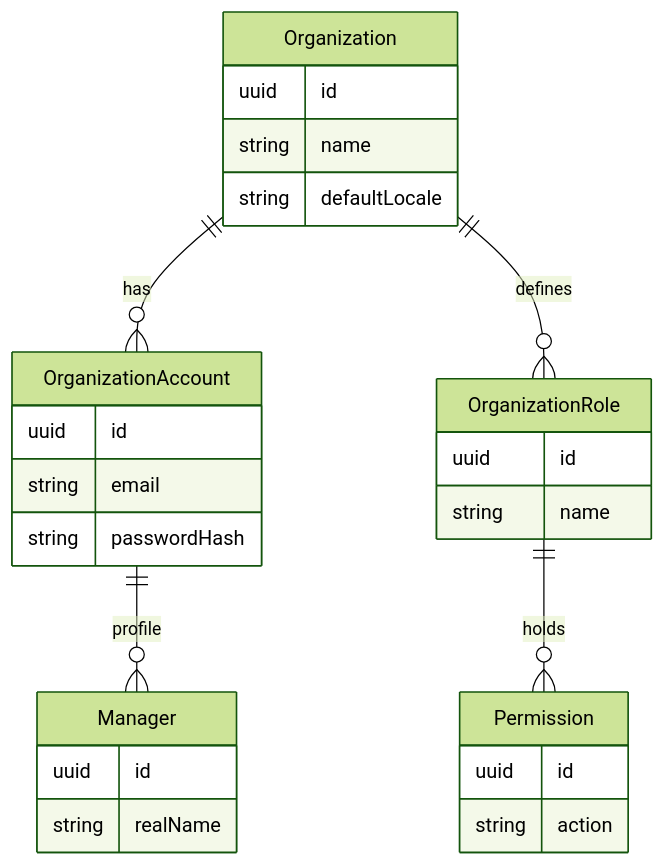
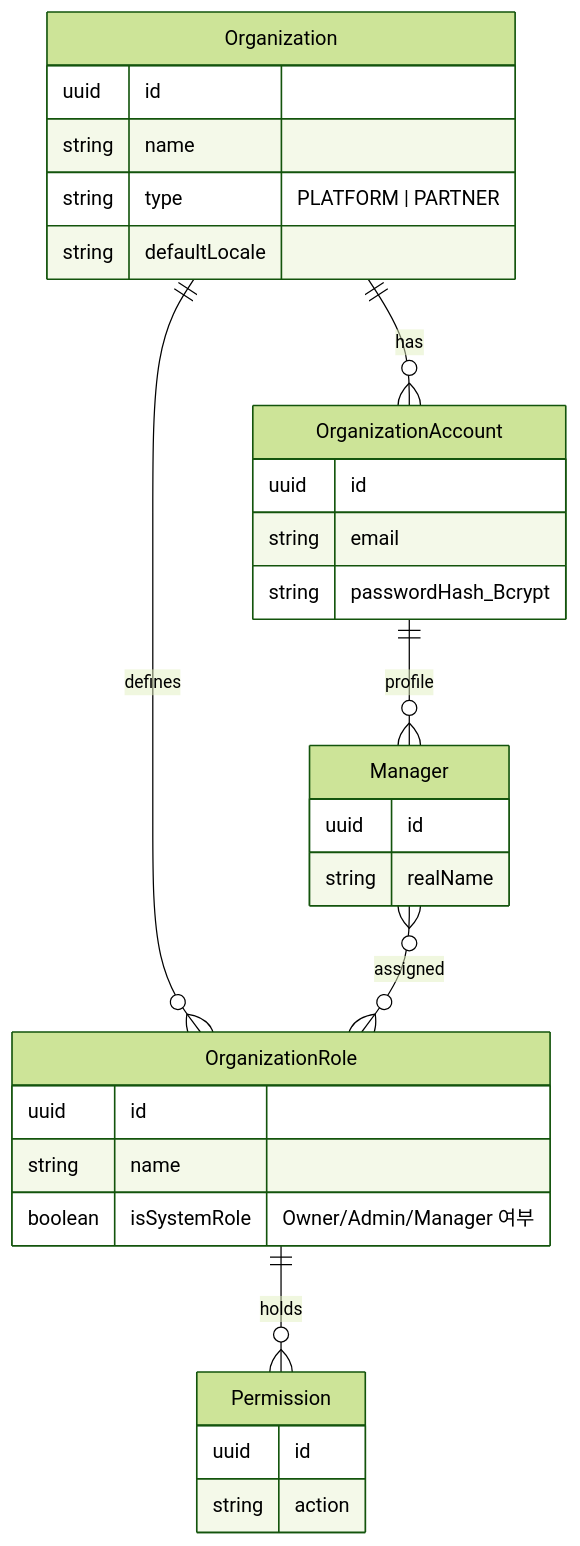
The second of 4 diagrams in implementation_plan.md (JYK0128/ai-base-app), drawn with Mermaid (forest theme) before and after one commit. The commit also changed other lines of this file and 6 other files, not shown here.

````diff
--- a/implementation_plan.md
+++ b/implementation_plan.md
@@ -61,30 +72,33 @@
 ```mermaid
 erDiagram
     Organization {
         uuid id
         string name
+        string type "PLATFORM | PARTNER"
         string defaultLocale
     }
     OrganizationAccount {
         uuid id
         string email
-        string passwordHash
+        string passwordHash_Bcrypt
     }
     Manager {
         uuid id
         string realName
     }
     OrganizationRole {
         uuid id
         string name
+        boolean isSystemRole "Owner/Admin/Manager 여부"
     }
     Permission {
         uuid id
         string action
     }
 
     Organization ||--o{ OrganizationAccount : "has"
     OrganizationAccount ||--o{ Manager : "profile"
     Organization ||--o{ OrganizationRole : "defines"
     OrganizationRole ||--o{ Permission : "holds"
+    Manager }o--o{ OrganizationRole : "assigned"
 ```
````
